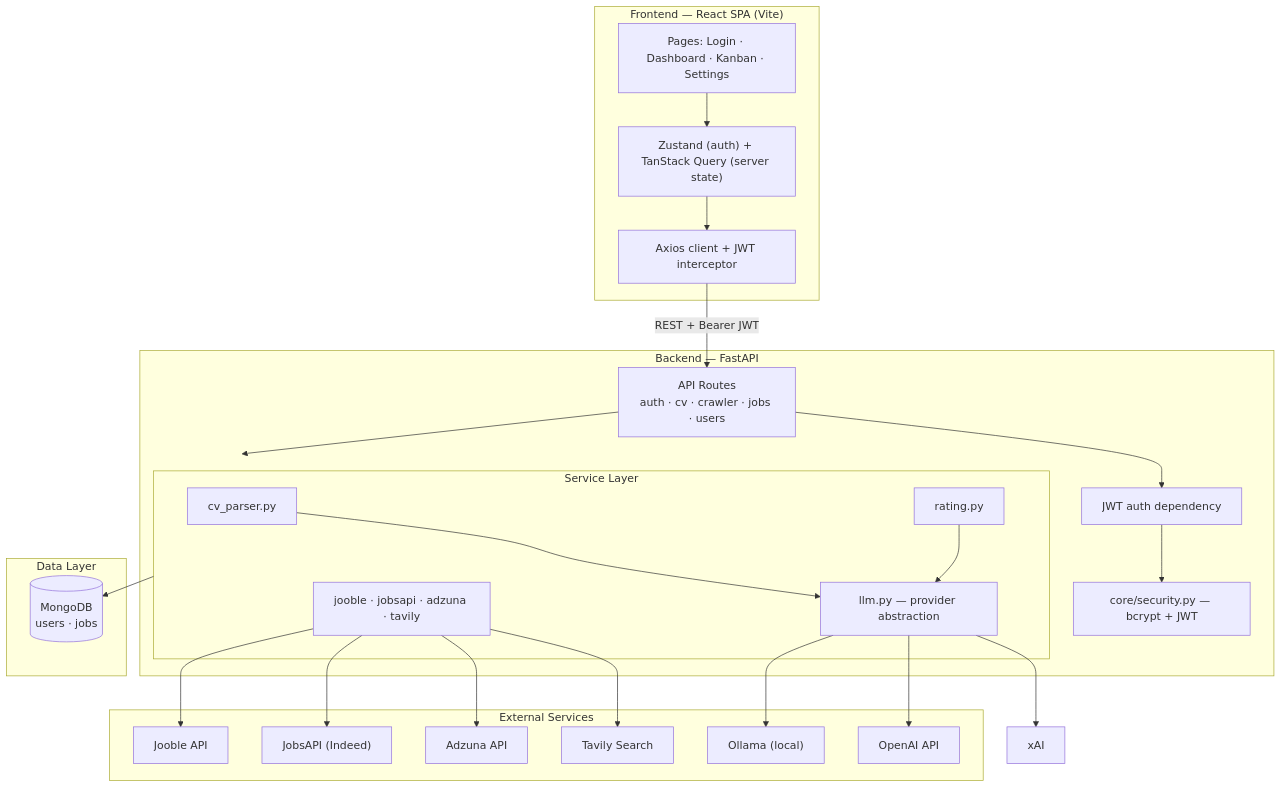
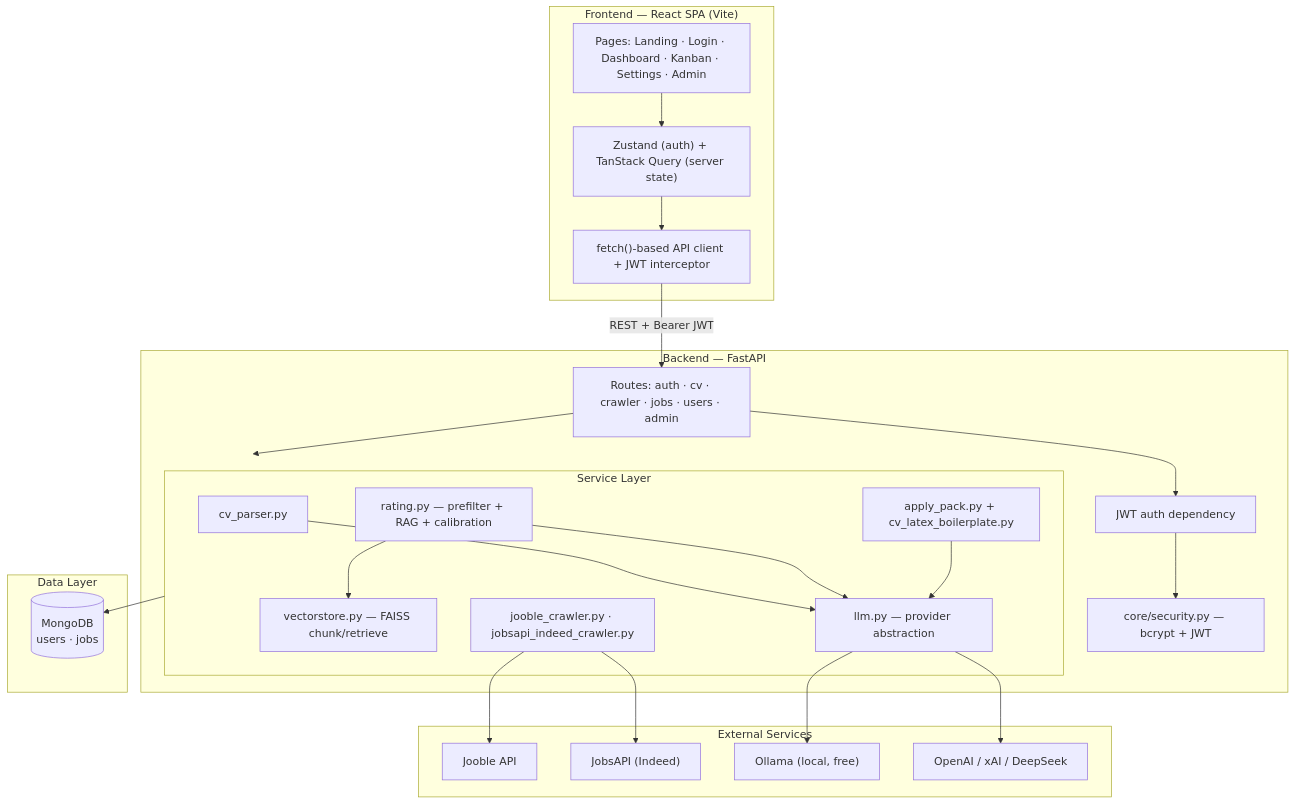
Before and after one commit to itsmesaim/jobRadarAI: the first of 3 diagrams in README.md, drawn with Mermaid. The commit also changed other lines of this file and 28 other files, not shown here.

````diff
--- a/README.md
+++ b/README.md
@@ -28,43 +26,45 @@
 ```mermaid
 flowchart TB
     subgraph Client["Frontend — React SPA (Vite)"]
-        Pages["Pages: Login · Dashboard · Kanban · Settings"]
+        Pages["Pages: Landing · Login · Dashboard · Kanban · Settings · Admin"]
         State["Zustand (auth) + TanStack Query (server state)"]
-        Axios["Axios client + JWT interceptor"]
+        Fetch["fetch()-based API client + JWT interceptor"]
     end
 
     subgraph Backend["Backend — FastAPI"]
-        Routes["API Routes<br/>auth · cv · crawler · jobs · users"]
+        Routes["Routes: auth · cv · crawler · jobs · users · admin"]
         Deps["JWT auth dependency"]
         subgraph Services["Service Layer"]
             CVParser["cv_parser.py"]
-            Rating["rating.py"]
-            Crawlers["jooble · jobsapi · adzuna · tavily"]
+            Rating["rating.py — prefilter + RAG + calibration"]
+            Vectorstore["vectorstore.py — FAISS chunk/retrieve"]
+            ApplyPack["apply_pack.py + cv_latex_boilerplate.py"]
+            Crawlers["jooble_crawler.py · jobsapi_indeed_crawler.py"]
             LLM["llm.py — provider abstraction"]
         end
         Security["core/security.py — bcrypt + JWT"]
     end
 
     subgraph Data["Data Layer"]
         MongoDB[("MongoDB<br/>users · jobs")]
     end
 
     subgraph External["External Services"]
         Jooble["Jooble API"]
         JobsAPI["JobsAPI (Indeed)"]
-        Adzuna["Adzuna API"]
-        Tavily["Tavily Search"]
-        Ollama["Ollama (local)"]
-        OpenAI["OpenAI API"]
+        Ollama["Ollama (local, free)"]
+        OpenAI["OpenAI / xAI / DeepSeek"]
     end
 
-    Pages --> State --> Axios
-    Axios -->|"REST + Bearer JWT"| Routes
+    Pages --> State --> Fetch
+    Fetch -->|"REST + Bearer JWT"| Routes
     Routes --> Deps --> Security
     Routes --> Services
     Services --> MongoDB
     CVParser --> LLM
+    Rating --> Vectorstore
     Rating --> LLM
-    Crawlers --> Jooble & JobsAPI & Adzuna & Tavily
-    LLM --> Ollama & OpenAI & xAI
+    ApplyPack --> LLM
+    Crawlers --> Jooble & JobsAPI
+    LLM --> Ollama & OpenAI
 ```
````
